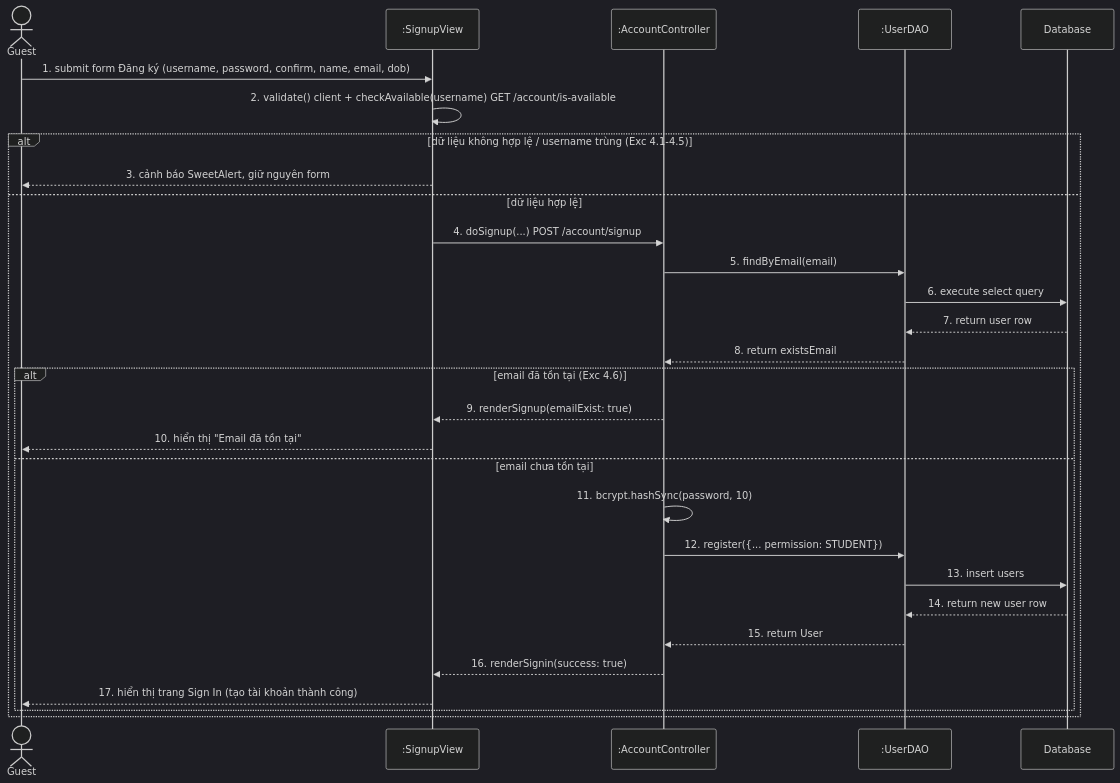
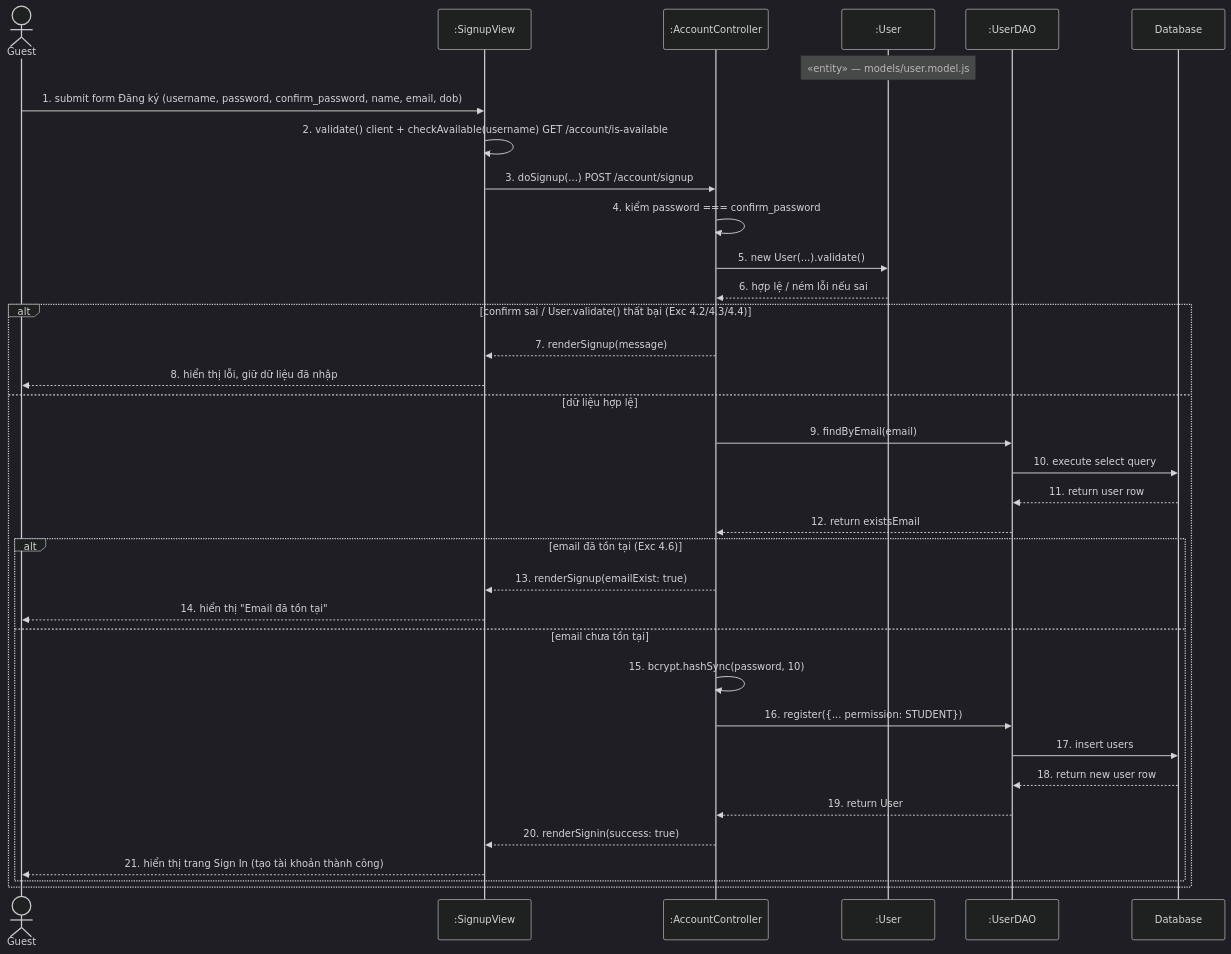
Before and after one commit to Ntpminzu/FinalWeb2025: the first of 2 diagrams in docs/Sequence_Mermaid_Register_Login.md, drawn with Mermaid (dark theme). The commit also changed other lines of this file and 2 other files, not shown here.

Commit message:
Cập nhật sequence Register: thêm lifeline :User và bước validate phía server
- Thêm participant :User «entity»; Controller gọi new User(...).validate()
- Thêm bước kiểm password === confirm_password ở Controller
- Đồng bộ SequenceDiagram.drawio, UC01_Register_SimpleBCE_Sequence.drawio và bản Mermaid

````diff
--- a/docs/Sequence_Mermaid_Register_Login.md
+++ b/docs/Sequence_Mermaid_Register_Login.md
@@ -9,32 +9,38 @@
 ```mermaid
 sequenceDiagram
     actor Guest
     participant SignupView as :SignupView
     participant Ctrl as :AccountController
+    participant User as :User
     participant UserDAO as :UserDAO
     participant DB as Database
+    Note over User: «entity» — models/user.model.js
 
-    Guest->>SignupView: 1. submit form Đăng ký (username, password, confirm, name, email, dob)
+    Guest->>SignupView: 1. submit form Đăng ký (username, password, confirm_password, name, email, dob)
     SignupView->>SignupView: 2. validate() client + checkAvailable(username) GET /account/is-available
-    alt dữ liệu không hợp lệ / username trùng (Exc 4.1-4.5)
-        SignupView-->>Guest: 3. cảnh báo SweetAlert, giữ nguyên form
+    SignupView->>Ctrl: 3. doSignup(...) POST /account/signup
+    Ctrl->>Ctrl: 4. kiểm password === confirm_password
+    Ctrl->>User: 5. new User(...).validate()
+    User-->>Ctrl: 6. hợp lệ / ném lỗi nếu sai
+    alt confirm sai / User.validate() thất bại (Exc 4.2/4.3/4.4)
+        Ctrl-->>SignupView: 7. renderSignup(message)
+        SignupView-->>Guest: 8. hiển thị lỗi, giữ dữ liệu đã nhập
     else dữ liệu hợp lệ
-        SignupView->>Ctrl: 4. doSignup(...) POST /account/signup
-        Ctrl->>UserDAO: 5. findByEmail(email)
-        UserDAO->>DB: 6. execute select query
-        DB-->>UserDAO: 7. return user row
-        UserDAO-->>Ctrl: 8. return existsEmail
+        Ctrl->>UserDAO: 9. findByEmail(email)
+        UserDAO->>DB: 10. execute select query
+        DB-->>UserDAO: 11. return user row
+        UserDAO-->>Ctrl: 12. return existsEmail
         alt email đã tồn tại (Exc 4.6)
-            Ctrl-->>SignupView: 9. renderSignup(emailExist: true)
-            SignupView-->>Guest: 10. hiển thị "Email đã tồn tại"
+            Ctrl-->>SignupView: 13. renderSignup(emailExist: true)
+            SignupView-->>Guest: 14. hiển thị "Email đã tồn tại"
         else email chưa tồn tại
-            Ctrl->>Ctrl: 11. bcrypt.hashSync(password, 10)
-            Ctrl->>UserDAO: 12. register({... permission: STUDENT})
-            UserDAO->>DB: 13. insert users
-            DB-->>UserDAO: 14. return new user row
-            UserDAO-->>Ctrl: 15. return User
-            Ctrl-->>SignupView: 16. renderSignin(success: true)
-            SignupView-->>Guest: 17. hiển thị trang Sign In (tạo tài khoản thành công)
+            Ctrl->>Ctrl: 15. bcrypt.hashSync(password, 10)
+            Ctrl->>UserDAO: 16. register({... permission: STUDENT})
+            UserDAO->>DB: 17. insert users
+            DB-->>UserDAO: 18. return new user row
+            UserDAO-->>Ctrl: 19. return User
+            Ctrl-->>SignupView: 20. renderSignin(success: true)
+            SignupView-->>Guest: 21. hiển thị trang Sign In (tạo tài khoản thành công)
         end
     end
 ```
````
